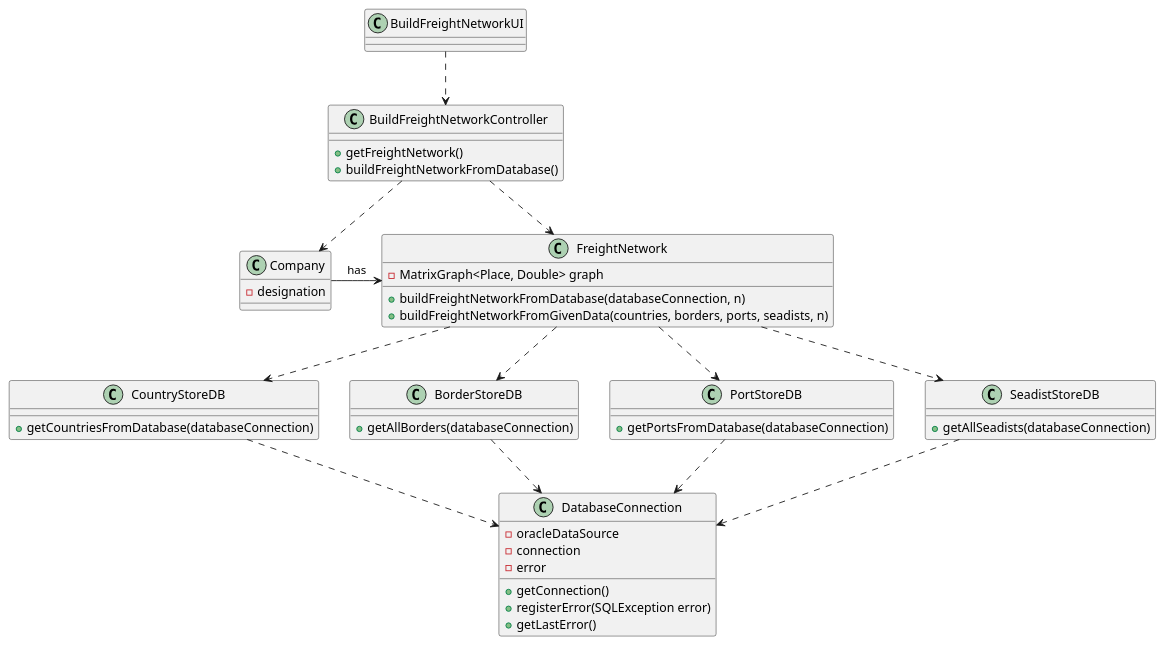
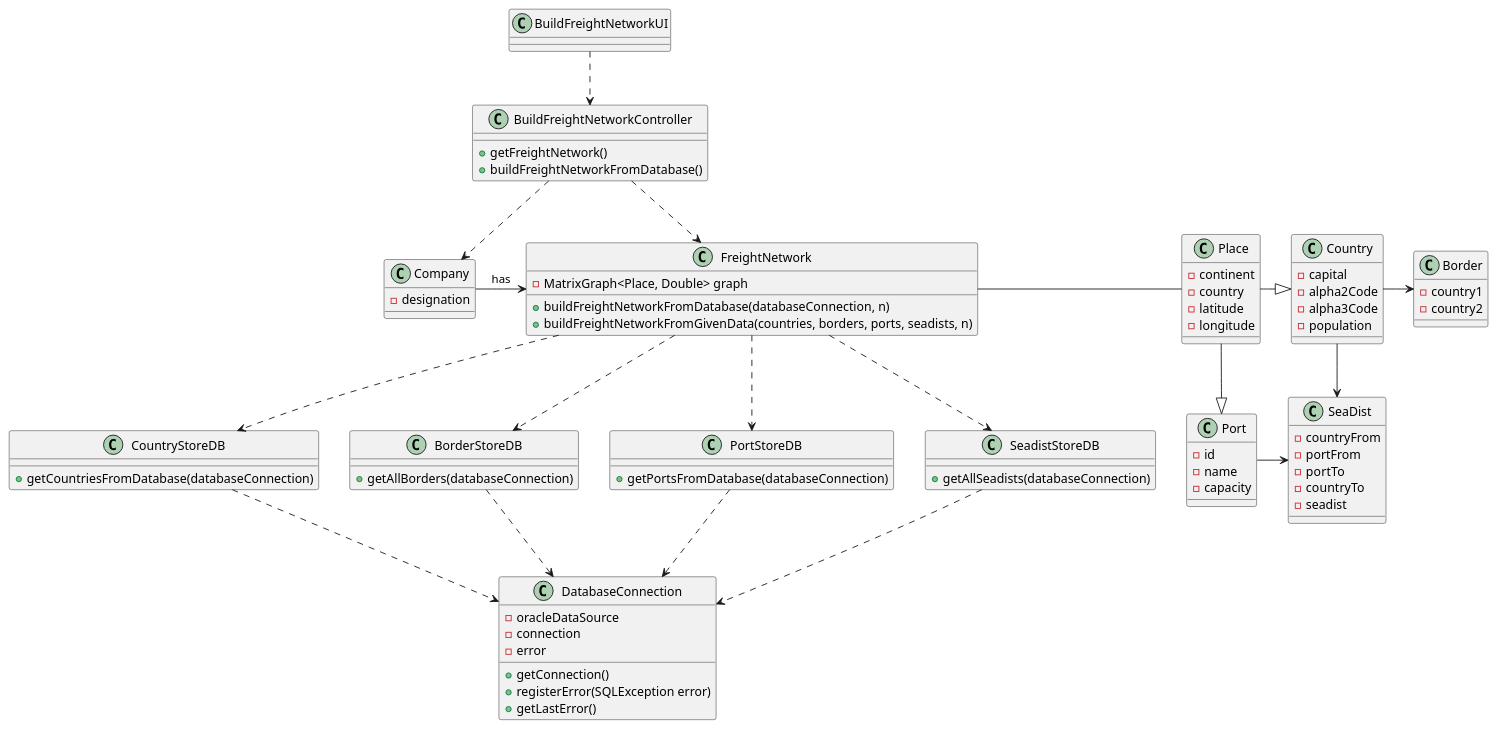
One commit to mpoboas/lapr3-2021-g102 changed the diagram in docs/Sprint3/US301/US301_CD.puml. Above: the diagram before and after it, drawn with PlantUML. The commit also changed 5 other files, not shown here.

Commit message:
<G0102-84> Build freight network - Updated cd and general cd

```diff
--- a/docs/Sprint3/US301/US301_CD.puml
+++ b/docs/Sprint3/US301/US301_CD.puml
@@ -1,60 +1,95 @@
 @startuml
 'https://plantuml.com/class-diagram
 
 class Company {
 -designation
 }
 
 class BuildFreightNetworkUI {
 }
 
 class BuildFreightNetworkController {
 +getFreightNetwork()
 +buildFreightNetworkFromDatabase()
 }
 
 class CountryStoreDB {
 +getCountriesFromDatabase(databaseConnection)
 }
 
 class BorderStoreDB {
 +getAllBorders(databaseConnection)
 }
 
 class PortStoreDB {
 +getPortsFromDatabase(databaseConnection)
 }
 
 class SeadistStoreDB {
 +getAllSeadists(databaseConnection)
 }
 
 class FreightNetwork {
 -MatrixGraph<Place, Double> graph
 +buildFreightNetworkFromDatabase(databaseConnection, n)
 +buildFreightNetworkFromGivenData(countries, borders, ports, seadists, n)
 }
 
 class DatabaseConnection{
 -oracleDataSource
 -connection
 -error
 +getConnection()
 +registerError(SQLException error)
 +getLastError()
 }
+class Place{
+-continent
+-country
+-latitude
+-longitude
+}
+class Port{
+-id
+-name
+-capacity
+}
+class Country{
+-capital
+-alpha2Code
+-alpha3Code
+-population
+}
+class Border{
+-country1
+-country2
+}
+class SeaDist{
+-countryFrom
+-portFrom
+-portTo
+-countryTo
+-seadist
+}
 
 BuildFreightNetworkUI ..> BuildFreightNetworkController
 BuildFreightNetworkController ..> FreightNetwork
 BuildFreightNetworkController ..> Company
 Company -> FreightNetwork : has
 FreightNetwork ..> CountryStoreDB
 FreightNetwork ..> BorderStoreDB
 FreightNetwork ..> PortStoreDB
 FreightNetwork ..> SeadistStoreDB
 CountryStoreDB ..> DatabaseConnection
 BorderStoreDB ..> DatabaseConnection
 PortStoreDB ..> DatabaseConnection
 SeadistStoreDB ..> DatabaseConnection
+FreightNetwork - Place
+Place -|> Country
+Place --|> Port
+
+Country -> Border
+Country -> SeaDist
+Port -> SeaDist
 
 @enduml
```
